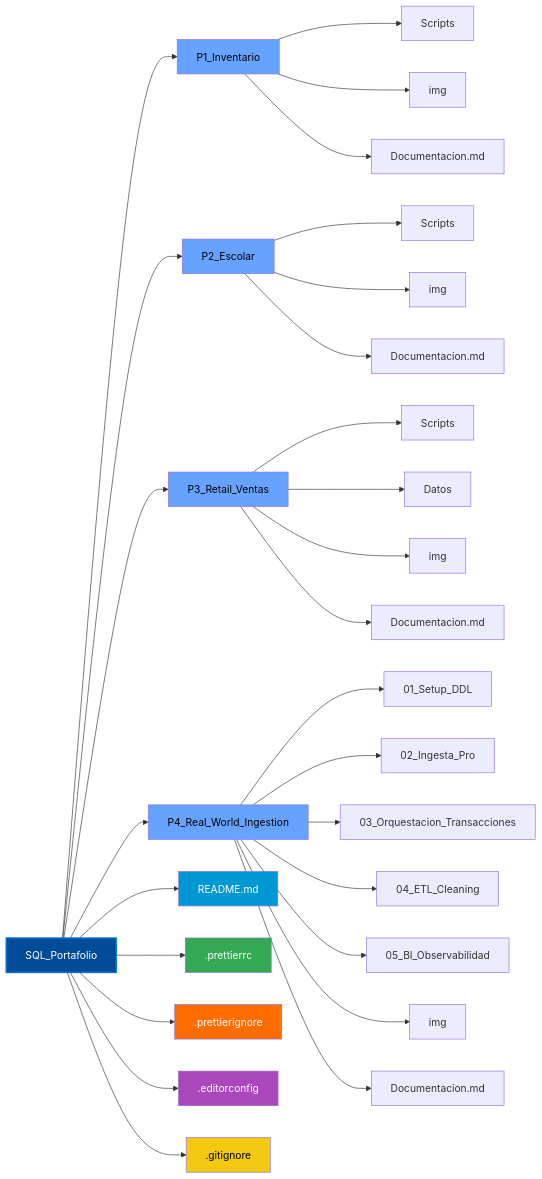
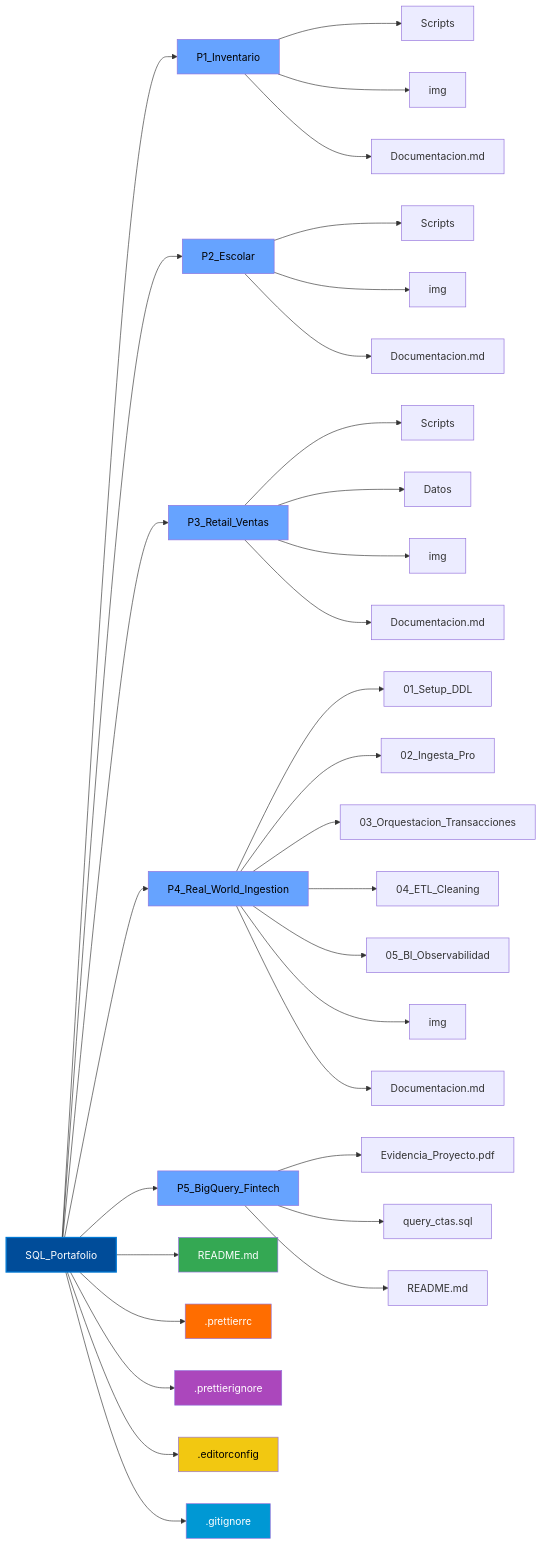
Before and after one commit to dzib/Portafolio-Alberto: the second of 2 diagrams in README.md, drawn with Mermaid. The commit also changed other lines of this file, not shown here.

Commit message:
docs: README actualizacion de caracteristicas del P5_BigQuery_Fintech

```````diff
--- a/README.md
+++ b/README.md
@@ -160,52 +160,58 @@
 ``````mermaid
 graph LR
     A[SQL_Portafolio]
 
     A --> B[P1_Inventario]
     A --> C[P2_Escolar]
     A --> D[P3_Retail_Ventas]
     A --> E[P4_Real_World_Ingestion]
+    A --> F[P5_BigQuery_Fintech]
 
     B --> B1[Scripts]
     B --> B2[img]
     B --> B3[Documentacion.md]
 
     C --> C1[Scripts]
     C --> C2[img]
     C --> C3[Documentacion.md]
 
     D --> D1[Scripts]
     D --> D2[Datos]
     D --> D3[img]
     D --> D4[Documentacion.md]
 
     E --> E1[01_Setup_DDL]
     E --> E2[02_Ingesta_Pro]
     E --> E3[03_Orquestacion_Transacciones]
     E --> E4[04_ETL_Cleaning]
     E --> E5[05_BI_Observabilidad]
     E --> E6[img]
     E --> E7[Documentacion.md]
 
-    A --> F[README.md]
-    A --> G[.prettierrc]
-    A --> H[.prettierignore]
-    A --> I[.editorconfig]
-    A --> J[.gitignore]
+	F --> F1[Evidencia_Proyecto.pdf]
+	F --> F2[query_ctas.sql]
+    F --> F3[README.md]
+
+    A --> G[README.md]
+    A --> H[.prettierrc]
+    A --> I[.prettierignore]
+    A --> J[.editorconfig]
+    A --> K[.gitignore]
 
     %% Estilos ejecutivos
     style A fill:#004C99,color:#fff,stroke:#0078D4,stroke-width:2px
 
     %% Degradado por proyectos
     style B fill:#66A3FF,color:#000
     style C fill:#66A3FF,color:#000
     style D fill:#66A3FF,color:#000
     style E fill:#66A3FF,color:#000
+	style F fill:#66A3FF,color:#000
 
     %% Archivos clave
-    style F fill:#0098D4,color:#fff
+    style K fill:#0098D4,color:#fff
     style G fill:#34A853,color:#fff
     style H fill:#FF6D00,color:#fff
     style I fill:#AB47BC,color:#fff
     style J fill:#F2C811,color:#000
 ``````
```````
